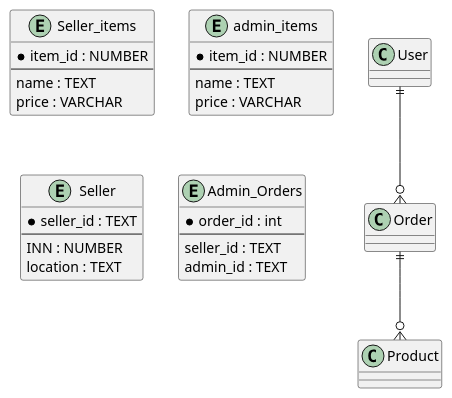
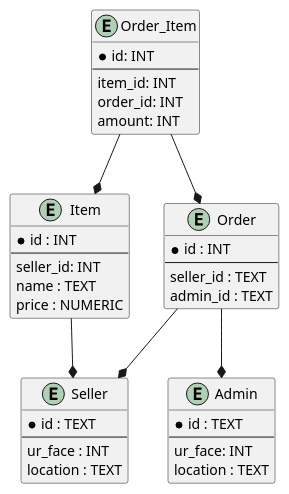
Before and after one commit to BombasticFantastik/PIS_Course_work: the diagram in uml-диаграммы/Схема_базы_данных.puml, drawn with PlantUML. The commit also changed 3 other files, not shown here.

```diff
--- a/uml-диаграммы/Схема_базы_данных.puml
+++ b/uml-диаграммы/Схема_базы_данных.puml
@@ -1,36 +1,48 @@
-@startuml
+@startuml Диаграмма базы данных
 
-entity "Seller_items" {
-  * item_id : NUMBER
+entity Item {
+  * id : INT
   --
+  seller_id: INT
   name : TEXT
-  price : VARCHAR
+  price : NUMERIC
 }
 
-entity "admin_items" {
-  * item_id : NUMBER
-  --
-  name : TEXT
-  price : VARCHAR
-}
-
-entity "Seller" {
-  * seller_id : TEXT
-  --
-  INN : NUMBER
-  location : TEXT
-}
-
-entity "Admin_Orders" {
-  * order_id : int
+entity Order {
+  * id : INT
   --
   seller_id : TEXT
   admin_id : TEXT
 }
 
+entity Seller {
+  * id : TEXT
+  --
+  ur_face : INT
+  location : TEXT
+}
 
+entity Admin {
+  * id : TEXT
+  --
+  ur_face: INT
+  location : TEXT
+}
 
-User ||--o{ Order
-Order ||--o{ Product
-  
+entity Order_Item {
+  * id: INT
+  --
+  item_id: INT
+  order_id: INT
+  amount: INT
+}
+
+Item --* Seller
+
+Order --* Seller
+Order --* Admin
+
+Order_Item --* Item
+Order_Item --* Order
+
 @enduml
```
